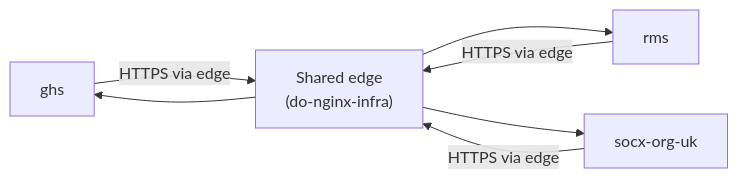
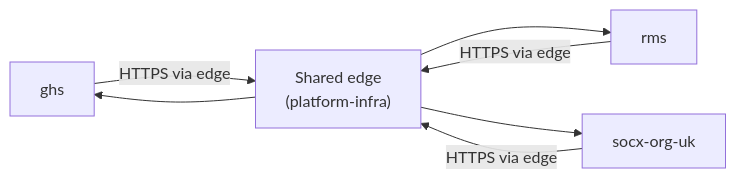
The diagram in docs/architecture/integration/INT-010-integration-architecture.md (Socx-Org/socx-platform), drawn with Mermaid before and after one commit. The commit also changed other lines of this file and 14 other files, not shown here.

First line of the commit message:
#2 docs(architecture): establish Architecture Documentation structure

````diff
--- a/docs/architecture/integration/INT-010-integration-architecture.md
+++ b/docs/architecture/integration/INT-010-integration-architecture.md
@@ -34,9 +34,9 @@
 ```mermaid
 flowchart LR
-    ghs["ghs"] -->|HTTPS via edge| edge["Shared edge\n(do-nginx-infra)"]
+    ghs["ghs"] -->|HTTPS via edge| edge["Shared edge\n(platform-infra)"]
     rms["rms"] -->|HTTPS via edge| edge
     socx["socx-org-uk"] -->|HTTPS via edge| edge
     edge --> ghs
     edge --> rms
     edge --> socx
 ```
````
